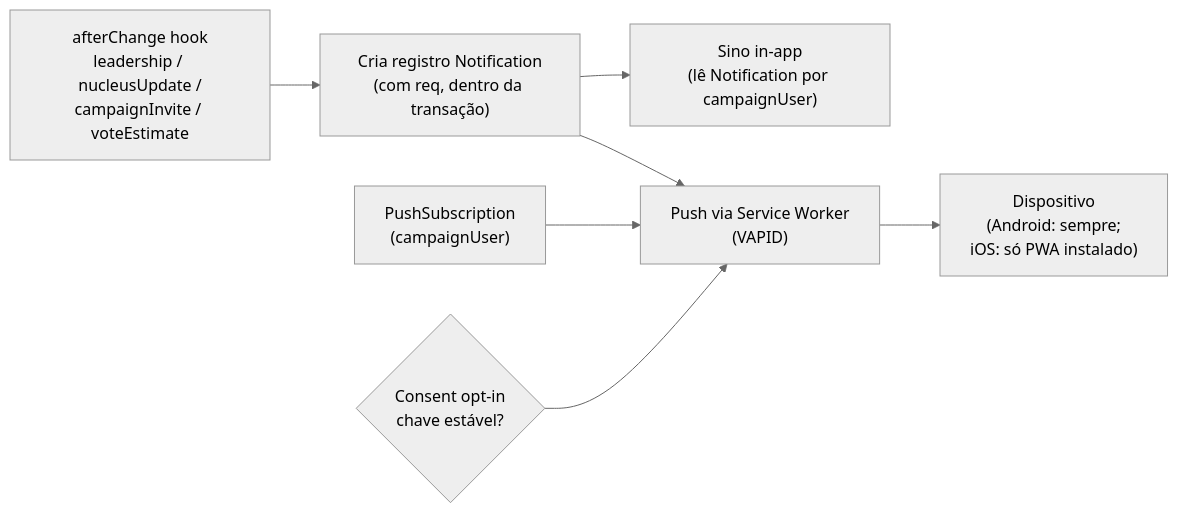
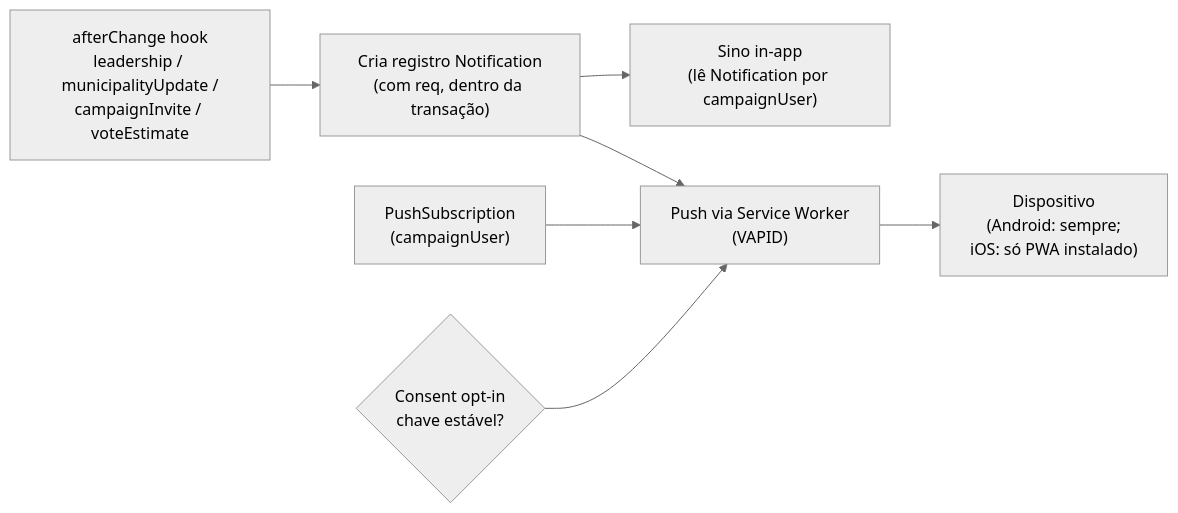
The diagram in docs/plans/notifications.md (fsolla/teqo), drawn with Mermaid (neutral theme) before and after one commit. The commit also changed other lines of this file and 41 other files, not shown here.

````diff
--- a/docs/plans/notifications.md
+++ b/docs/plans/notifications.md
@@ -52,17 +52,17 @@
 ```mermaid
 flowchart LR
-    Hook["afterChange hook<br/>leadership / nucleusUpdate /<br/>campaignInvite / voteEstimate"]
+    Hook["afterChange hook<br/>leadership / municipalityUpdate /<br/>campaignInvite / voteEstimate"]
     Notif["Cria registro Notification<br/>(com req, dentro da transação)"]
     Bell["Sino in-app<br/>(lê Notification por campaignUser)"]
     Push["Push via Service Worker<br/>(VAPID)"]
     Sub["PushSubscription<br/>(campaignUser)"]
     Consent{"Consent opt-in<br/>chave estável?"}
     Device["Dispositivo<br/>(Android: sempre;<br/>iOS: só PWA instalado)"]
 
     Hook --> Notif
     Notif --> Bell
     Notif --> Push
     Sub --> Push
     Consent --> Push
     Push --> Device
 ```
````
